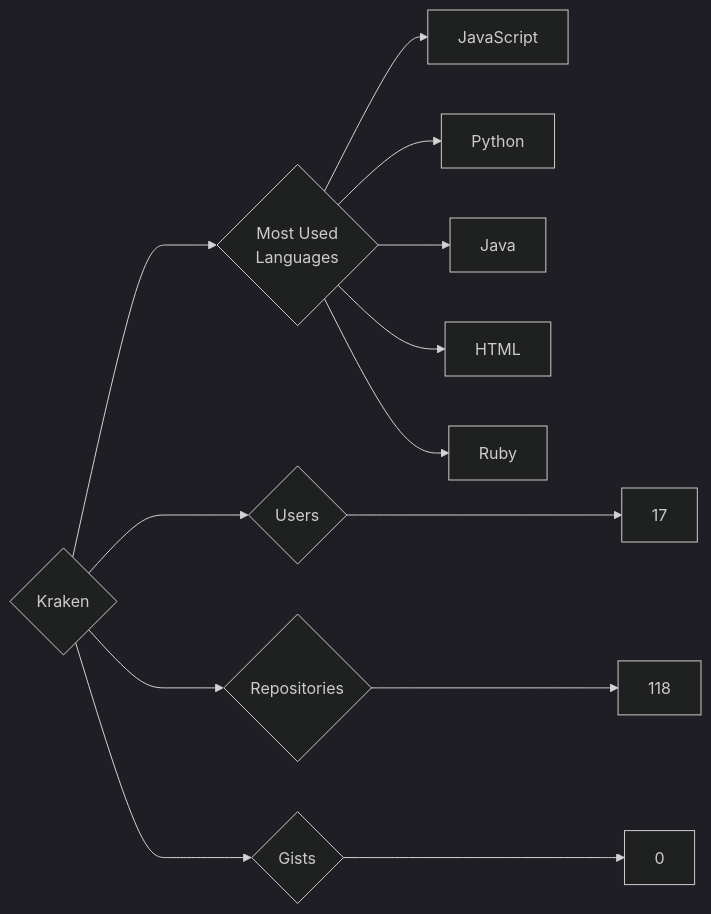
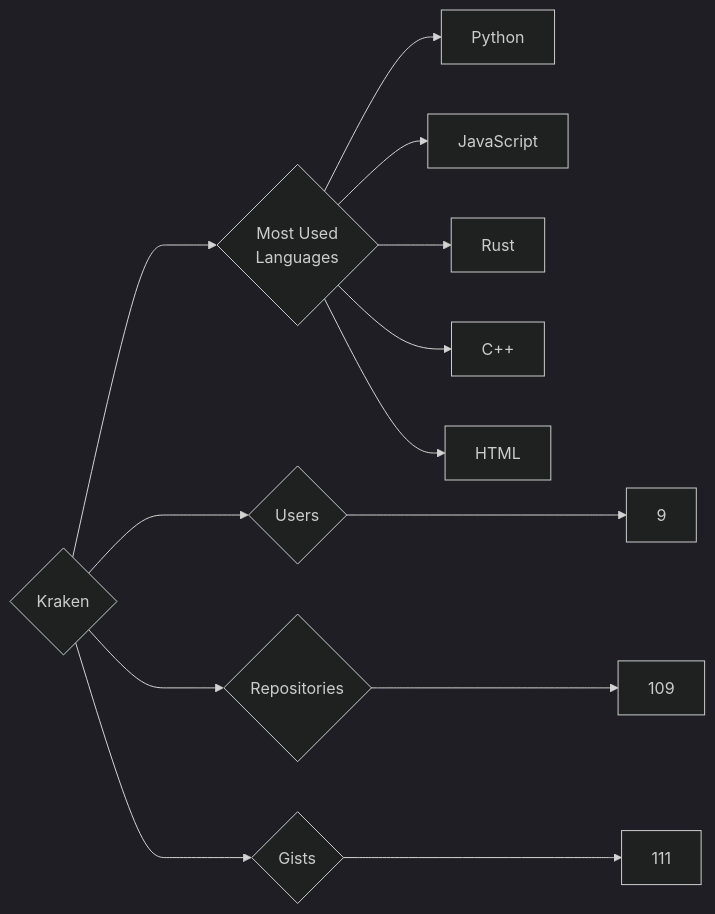
The diagram in targets/Kraken/README.md (trickest/insiders), drawn with Mermaid (dark theme) before and after one commit. The commit also changed 932 other files, not shown here.

````diff
--- a/targets/Kraken/README.md
+++ b/targets/Kraken/README.md
@@ -3,13 +3,13 @@
 ```mermaid
 graph LR
 COMPANY_NAME{Kraken}
-COMPANY_NAME ---> U{Users} ---> UN[17]
-COMPANY_NAME ---> R{Repositories} ---> RN[118]
-COMPANY_NAME ---> G{Gists} ---> GN[0]
+COMPANY_NAME ---> U{Users} ---> UN[9]
+COMPANY_NAME ---> R{Repositories} ---> RN[109]
+COMPANY_NAME ---> G{Gists} ---> GN[111]
 COMPANY_NAME ---> ML{Most Used<br>Languages}
+ML --> Python[Python]
 ML --> JavaScript[JavaScript]
-ML --> Python[Python]
-ML --> Java[Java]
+ML --> Rust[Rust]
+ML --> C++[C++]
 ML --> HTML[HTML]
-ML --> Ruby[Ruby]
 ```
````
